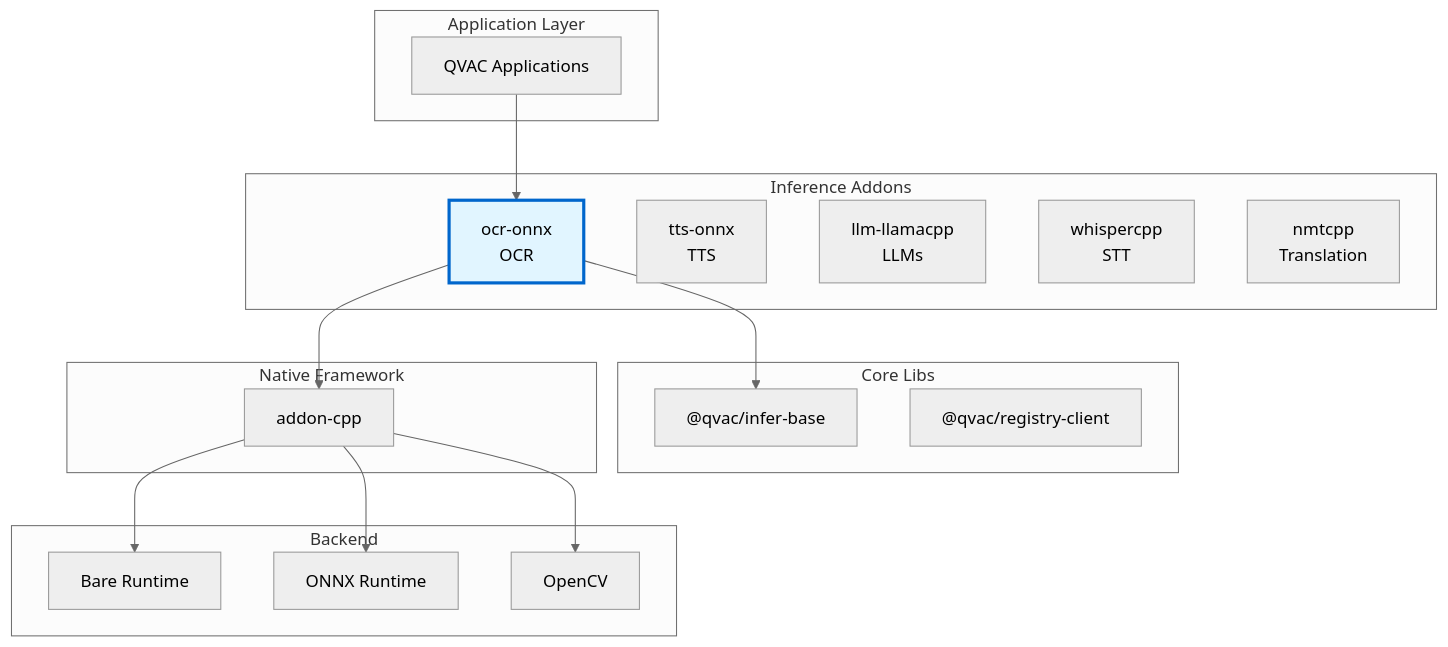
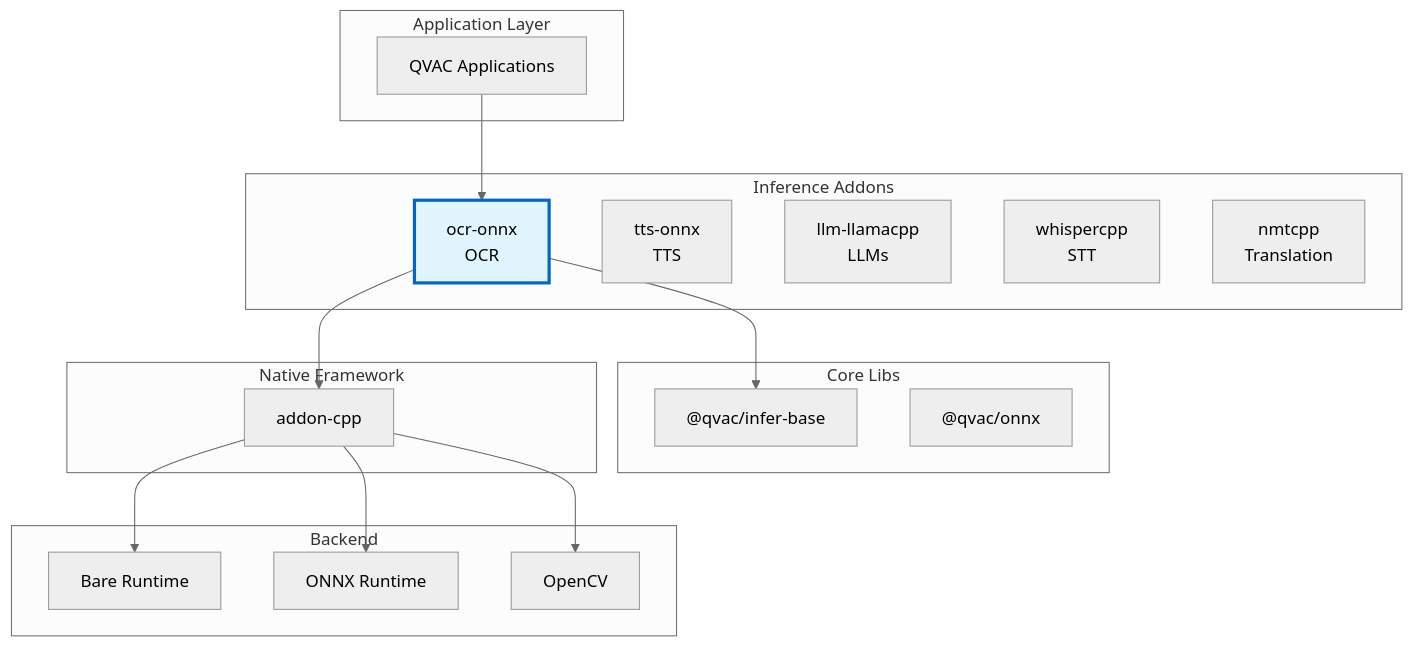
One commit to tetherto/qvac changed the first of 4 diagrams in packages/ocr-onnx/docs/architecture.md. Above: the diagram before and after it, drawn with Mermaid (neutral theme). The commit also changed other lines of this file and 7 other files, not shown here.

First line of the commit message:
doc: refresh inference addon architecture docs

````diff
--- a/packages/ocr-onnx/docs/architecture.md
+++ b/packages/ocr-onnx/docs/architecture.md
@@ -82,38 +84,38 @@
 ```mermaid
 graph TB
     subgraph "Application Layer"
         APP[QVAC Applications]
     end
 
     subgraph "Inference Addons"
         OCR["ocr-onnx<br/>OCR"]
         TTS["tts-onnx<br/>TTS"]
         LLM["llm-llamacpp<br/>LLMs"]
         WHISPER["whispercpp<br/>STT"]
         NMT["nmtcpp<br/>Translation"]
     end
 
     subgraph "Core Libs"
         BASE["@qvac/infer-base"]
-        REG["@qvac/registry-client"]
+        ONNXLIB["@qvac/onnx"]
     end
 
     subgraph "Native Framework"
         ADDON[addon-cpp]
     end
 
     subgraph "Backend"
         BARE[Bare Runtime]
         ONNX[ONNX Runtime]
         OCV[OpenCV]
     end
 
     APP --> OCR
     OCR --> BASE
     OCR --> ADDON
     ADDON --> BARE
     ADDON --> ONNX
     ADDON --> OCV
 
     style OCR fill:#e1f5ff,stroke:#0066cc,stroke-width:3px
 ```
````
